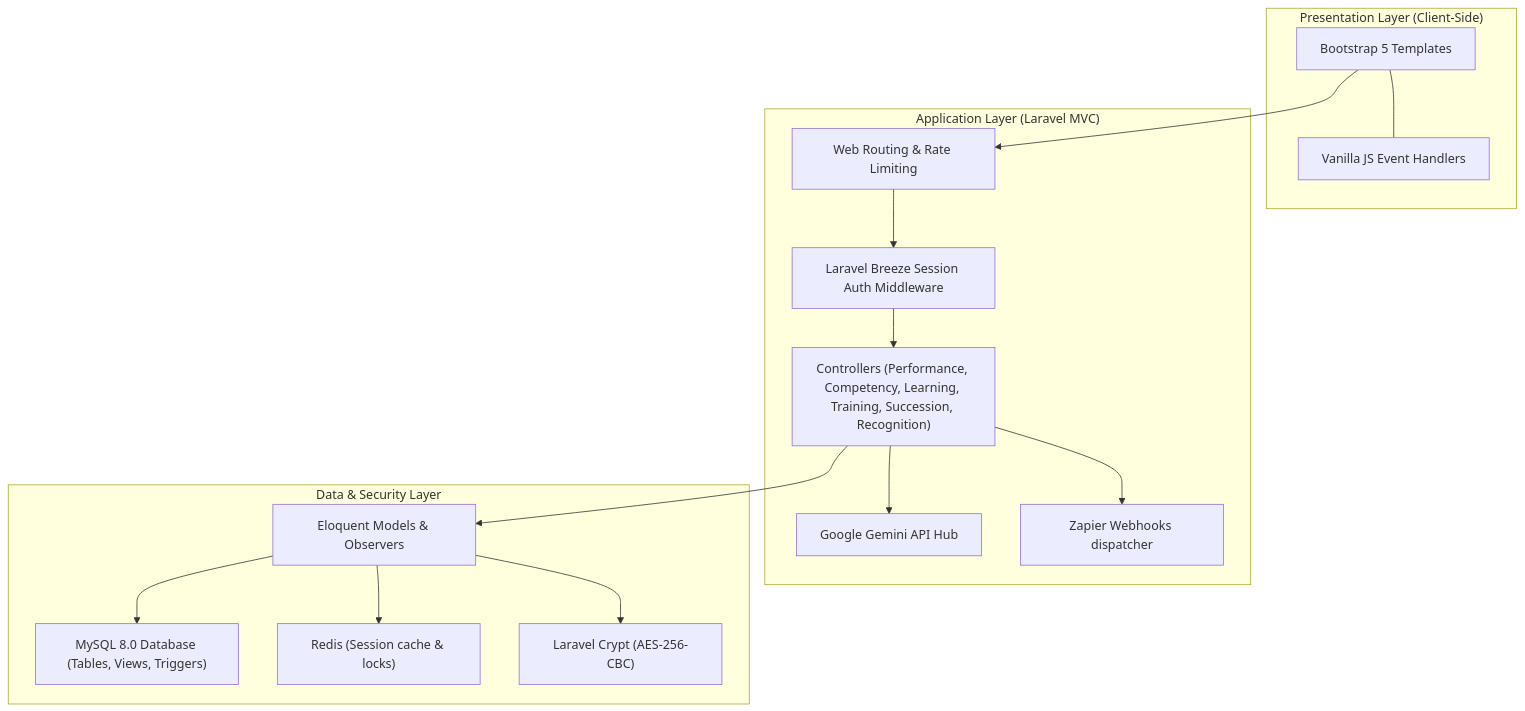
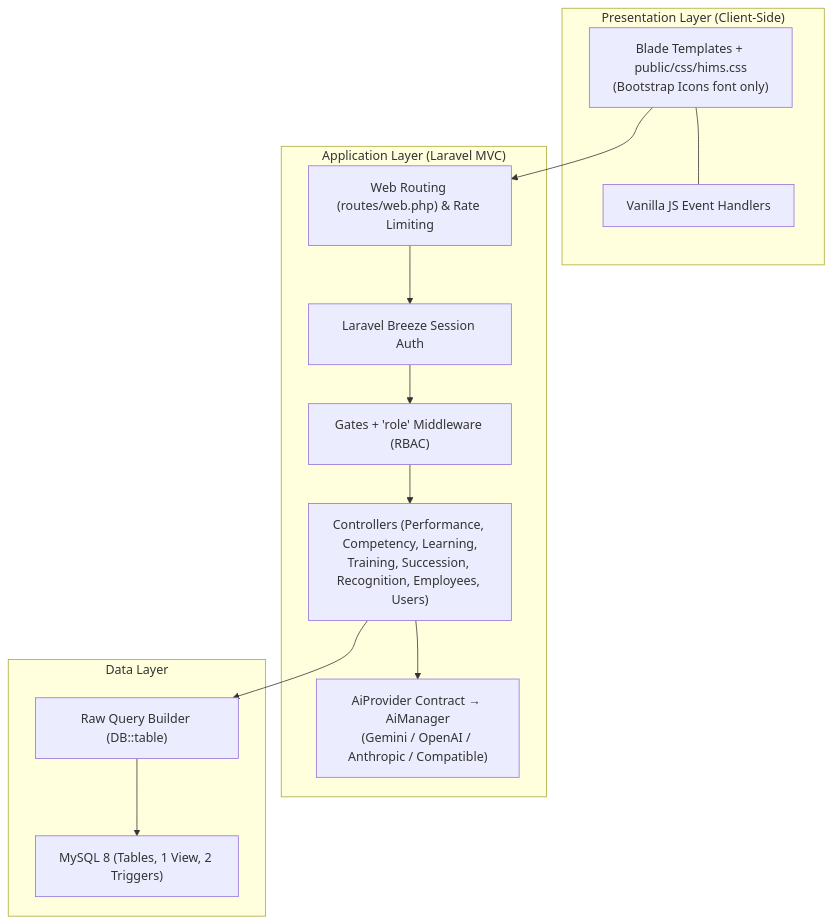
The first of 2 diagrams in HIMS_ARCHITECTURE_AND_SECURITY.md (shikabane277/HIMS-v2), drawn with Mermaid before and after one commit. The commit also changed other lines of this file and 66 other files, not shown here.

````diff
--- a/HIMS_ARCHITECTURE_AND_SECURITY.md
+++ b/HIMS_ARCHITECTURE_AND_SECURITY.md
@@ -12,22 +21,20 @@
 ```mermaid
 graph TD
     subgraph "Presentation Layer (Client-Side)"
-        A["Bootstrap 5 Templates"] --- B["Vanilla JS Event Handlers"]
+        A["Blade Templates + public/css/hims.css<br/>(Bootstrap Icons font only)"] --- B["Vanilla JS Event Handlers"]
     end
 
     subgraph "Application Layer (Laravel MVC)"
-        C["Web Routing & Rate Limiting"] --> D["Laravel Breeze Session Auth Middleware"]
-        D --> E["Controllers (Performance, Competency, Learning, Training, Succession, Recognition)"]
-        E --> F["Google Gemini API Hub"]
-        E --> G["Zapier Webhooks dispatcher"]
+        C["Web Routing (routes/web.php) & Rate Limiting"] --> D["Laravel Breeze Session Auth"]
+        D --> RB["Gates + 'role' Middleware (RBAC)"]
+        RB --> E["Controllers (Performance, Competency, Learning,<br/>Training, Succession, Recognition, Employees, Users)"]
+        E --> F["AiProvider Contract → AiManager<br/>(Gemini / OpenAI / Anthropic / Compatible)"]
     end
 
-    subgraph "Data & Security Layer"
-        E --> H["Eloquent Models & Observers"]
-        H --> I["MySQL 8.0 Database (Tables, Views, Triggers)"]
-        H --> J["Redis (Session cache & locks)"]
-        H --> K["Laravel Crypt (AES-256-CBC)"]
+    subgraph "Data Layer"
+        E --> H["Raw Query Builder (DB::table)"]
+        H --> I["MySQL 8 (Tables, 1 View, 2 Triggers)"]
     end
 
     A --> C
 ```
````
